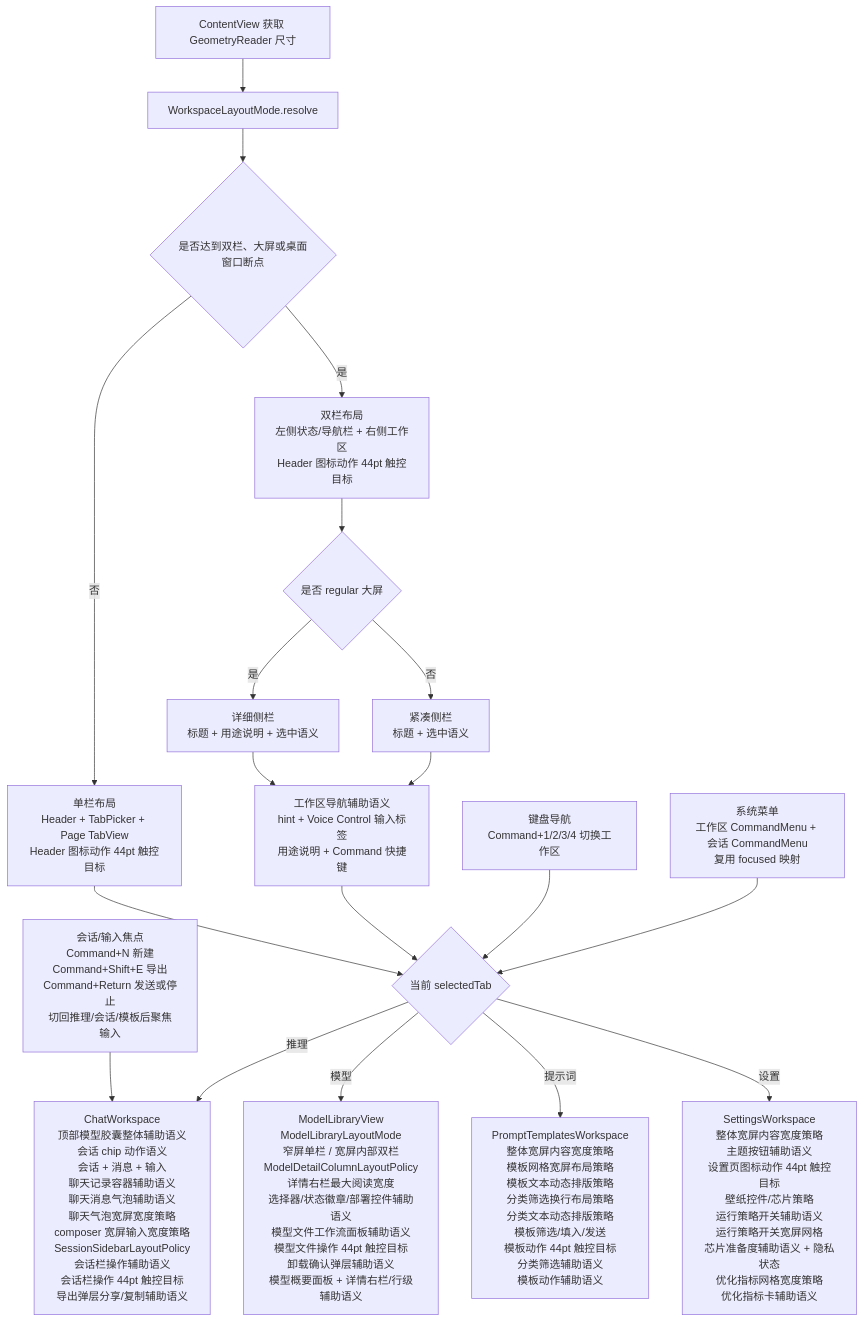
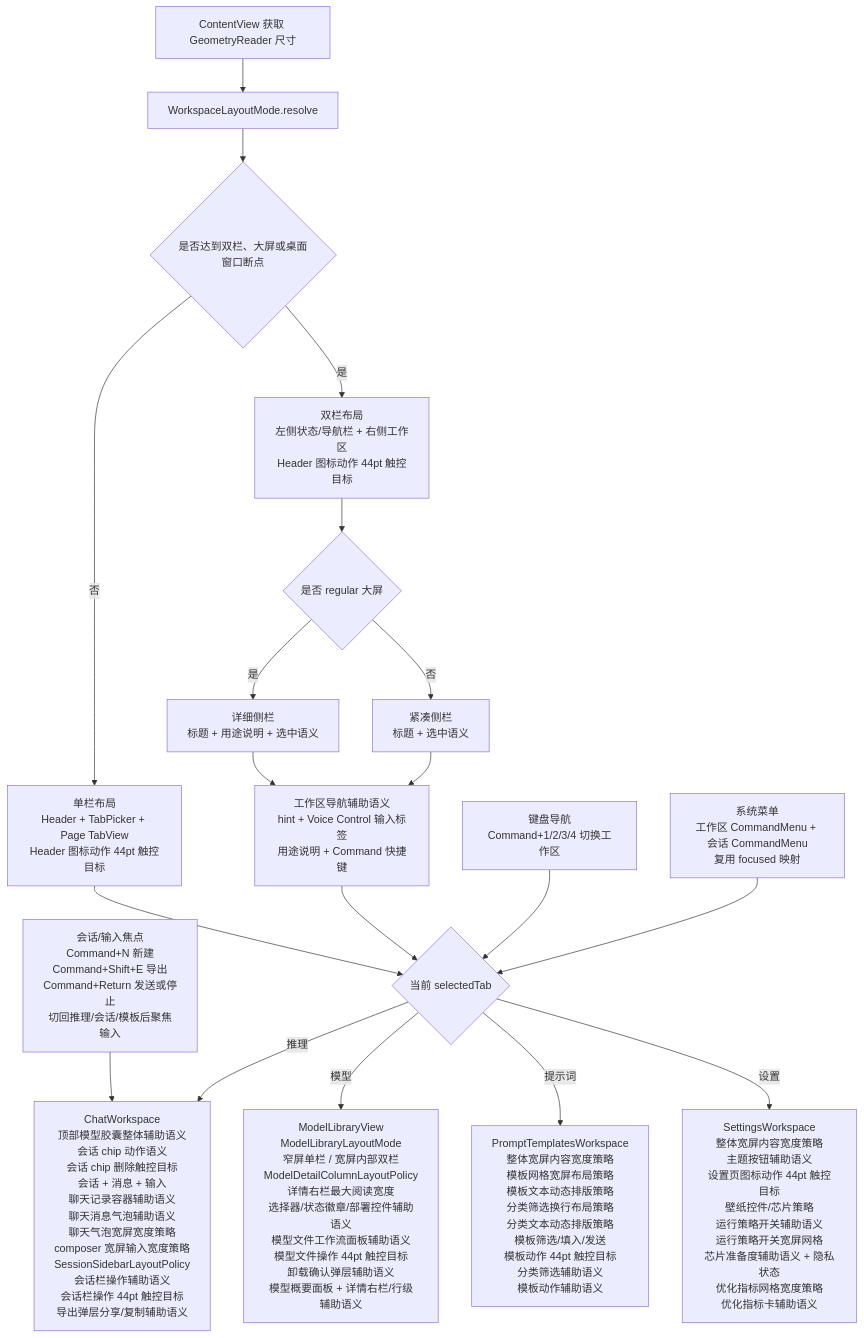
One commit to Altman-sam114/113 changed the fifth of 10 diagrams in md/flow/flowchart.md. Above: the diagram before and after it, drawn with Mermaid. The commit also changed other lines of this file and 8 other files, not shown here.

Commit message:
v2.37: 优化会话 Chip 删除触控目标

````diff
--- a/md/flow/flowchart.md
+++ b/md/flow/flowchart.md
@@ -84,21 +84,21 @@
 ```mermaid
 flowchart TD
     A[ContentView 获取 GeometryReader 尺寸] --> B[WorkspaceLayoutMode.resolve]
     B --> C{是否达到双栏、大屏或桌面窗口断点}
     C -- 否 --> D[单栏布局<br/>Header + TabPicker + Page TabView<br/>Header 图标动作 44pt 触控目标]
     C -- 是 --> E[双栏布局<br/>左侧状态/导航栏 + 右侧工作区<br/>Header 图标动作 44pt 触控目标]
     E --> N{是否 regular 大屏}
     N -- 是 --> O[详细侧栏<br/>标题 + 用途说明 + 选中语义]
     N -- 否 --> P[紧凑侧栏<br/>标题 + 选中语义]
     D --> F{当前 selectedTab}
     O --> X[工作区导航辅助语义<br/>hint + Voice Control 输入标签<br/>用途说明 + Command 快捷键]
     P --> X
     X --> F
     K[键盘导航<br/>Command+1/2/3/4 切换工作区] --> F
     M[系统菜单<br/>工作区 CommandMenu + 会话 CommandMenu<br/>复用 focused 映射] --> F
     L[会话/输入焦点<br/>Command+N 新建<br/>Command+Shift+E 导出<br/>Command+Return 发送或停止<br/>切回推理/会话/模板后聚焦输入] --> G
-    F -- 推理 --> G[ChatWorkspace<br/>顶部模型胶囊整体辅助语义<br/>会话 chip 动作语义<br/>会话 + 消息 + 输入<br/>聊天记录容器辅助语义<br/>聊天消息气泡辅助语义<br/>聊天气泡宽屏宽度策略<br/>composer 宽屏输入宽度策略<br/>SessionSidebarLayoutPolicy<br/>会话栏操作辅助语义<br/>会话栏操作 44pt 触控目标<br/>导出弹层分享/复制辅助语义]
+    F -- 推理 --> G[ChatWorkspace<br/>顶部模型胶囊整体辅助语义<br/>会话 chip 动作语义<br/>会话 chip 删除触控目标<br/>会话 + 消息 + 输入<br/>聊天记录容器辅助语义<br/>聊天消息气泡辅助语义<br/>聊天气泡宽屏宽度策略<br/>composer 宽屏输入宽度策略<br/>SessionSidebarLayoutPolicy<br/>会话栏操作辅助语义<br/>会话栏操作 44pt 触控目标<br/>导出弹层分享/复制辅助语义]
     F -- 模型 --> H[ModelLibraryView<br/>ModelLibraryLayoutMode<br/>窄屏单栏 / 宽屏内部双栏<br/>ModelDetailColumnLayoutPolicy<br/>详情右栏最大阅读宽度<br/>选择器/状态徽章/部署控件辅助语义<br/>模型文件工作流面板辅助语义<br/>模型文件操作 44pt 触控目标<br/>卸载确认弹层辅助语义<br/>模型概要面板 + 详情右栏/行级辅助语义]
     F -- 提示词 --> I[PromptTemplatesWorkspace<br/>整体宽屏内容宽度策略<br/>模板网格宽屏布局策略<br/>模板文本动态排版策略<br/>分类筛选换行布局策略<br/>分类文本动态排版策略<br/>模板筛选/填入/发送<br/>模板动作 44pt 触控目标<br/>分类筛选辅助语义<br/>模板动作辅助语义]
     F -- 设置 --> J[SettingsWorkspace<br/>整体宽屏内容宽度策略<br/>主题按钮辅助语义<br/>设置页图标动作 44pt 触控目标<br/>壁纸控件/芯片策略<br/>运行策略开关辅助语义<br/>运行策略开关宽屏网格<br/>芯片准备度辅助语义 + 隐私状态<br/>优化指标网格宽度策略<br/>优化指标卡辅助语义]
 ```
````
